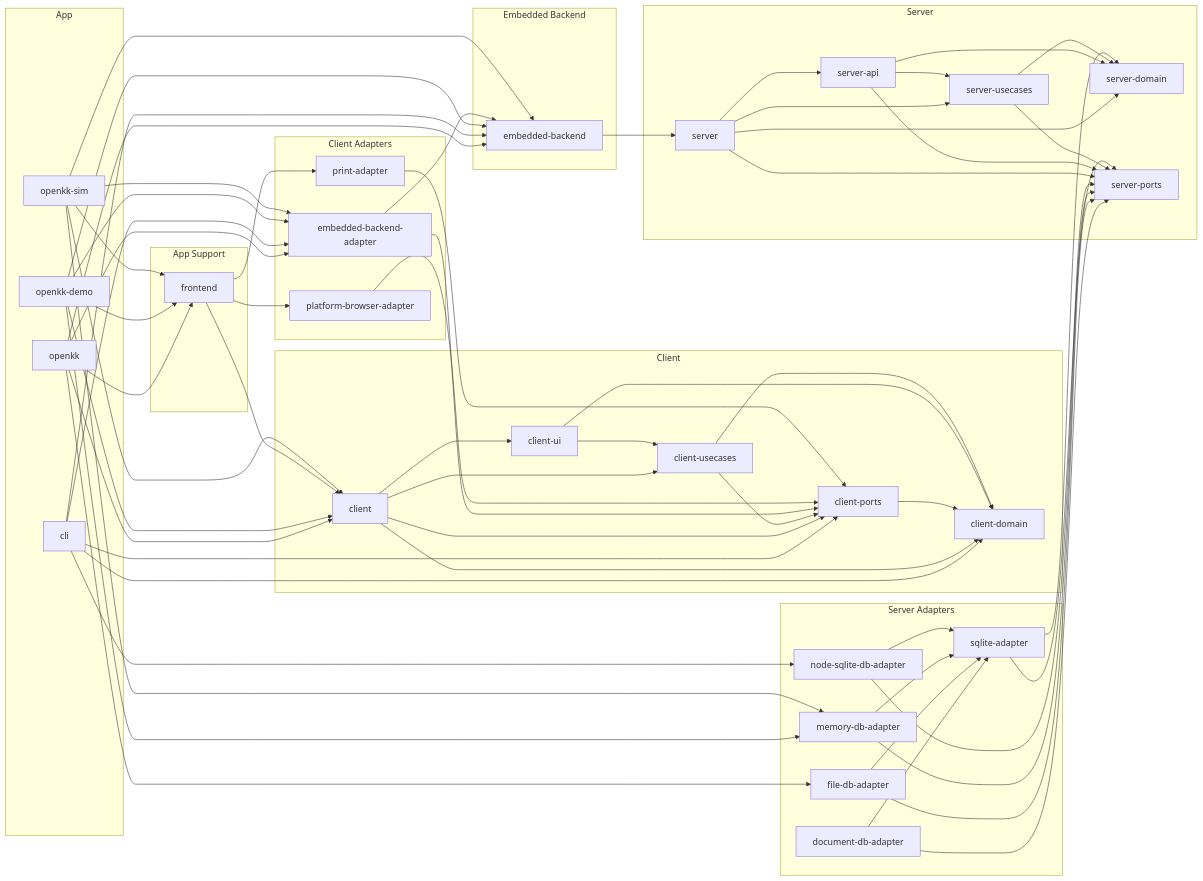
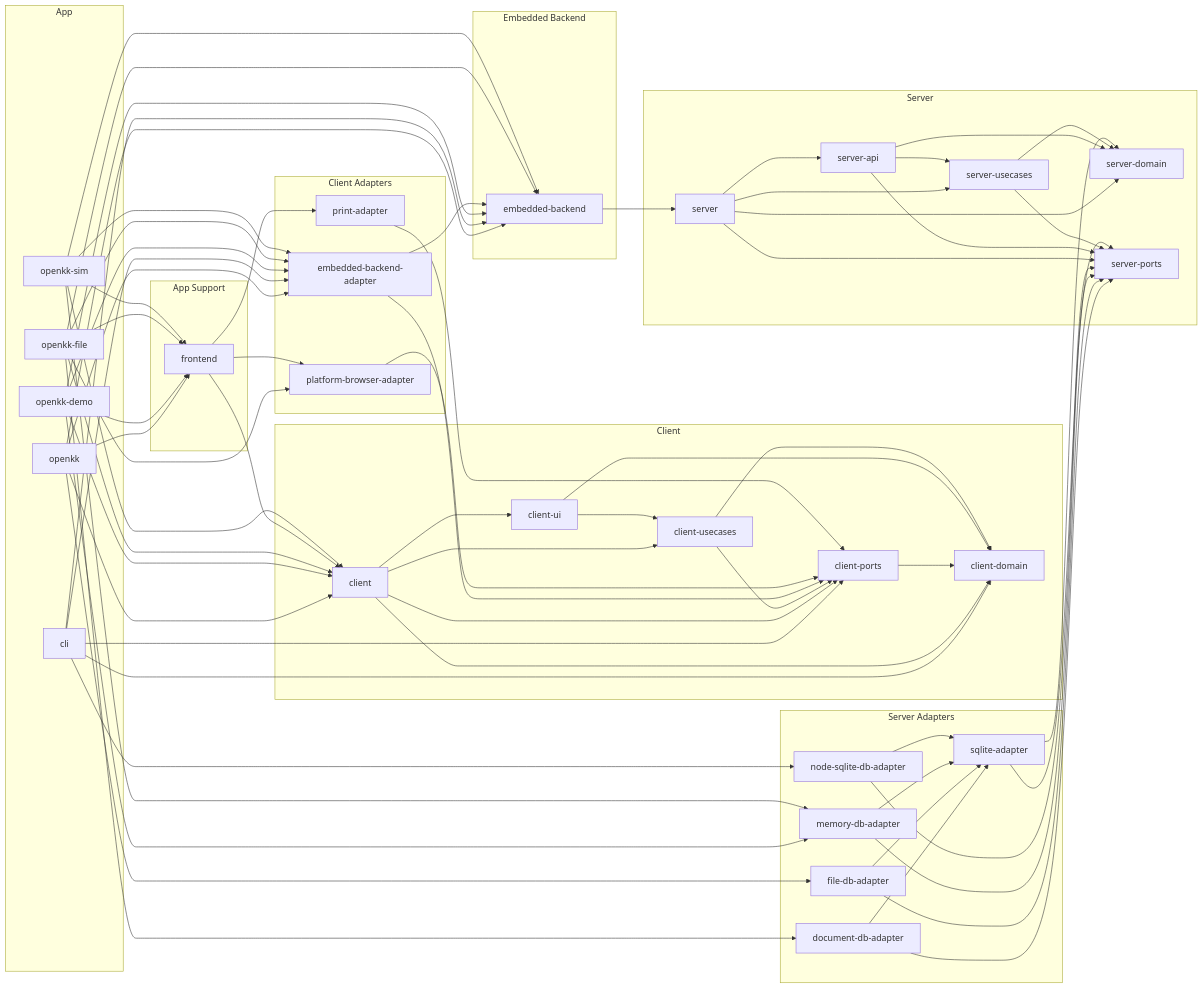
One commit to rubydogjp/openkk changed the diagram in docs/dependency-graph.md. Above: the diagram before and after it, drawn with Mermaid. The commit also changed other lines of this file and 73 other files, not shown here.

```diff
--- a/docs/dependency-graph.md
+++ b/docs/dependency-graph.md
@@ -14,6 +14,7 @@
     rubydogjp_openkk["openkk"]
     rubydogjp_openkk_cli["cli"]
     rubydogjp_openkk_demo["openkk-demo"]
+    rubydogjp_openkk_file["openkk-file"]
     rubydogjp_openkk_sim["openkk-sim"]
   end
 
@@ -84,6 +85,12 @@
   rubydogjp_openkk_embedded_backend --> rubydogjp_openkk_server
   rubydogjp_openkk_embedded_backend_adapter --> rubydogjp_openkk_client_ports
   rubydogjp_openkk_embedded_backend_adapter --> rubydogjp_openkk_embedded_backend
+  rubydogjp_openkk_file --> rubydogjp_openkk_client
+  rubydogjp_openkk_file --> rubydogjp_openkk_document_db_adapter
+  rubydogjp_openkk_file --> rubydogjp_openkk_embedded_backend
+  rubydogjp_openkk_file --> rubydogjp_openkk_embedded_backend_adapter
+  rubydogjp_openkk_file --> rubydogjp_openkk_frontend
+  rubydogjp_openkk_file --> rubydogjp_openkk_platform_browser_adapter
   rubydogjp_openkk_file_db_adapter --> rubydogjp_openkk_server_ports
   rubydogjp_openkk_file_db_adapter --> rubydogjp_openkk_sqlite_adapter
   rubydogjp_openkk_frontend --> rubydogjp_openkk_client
```
